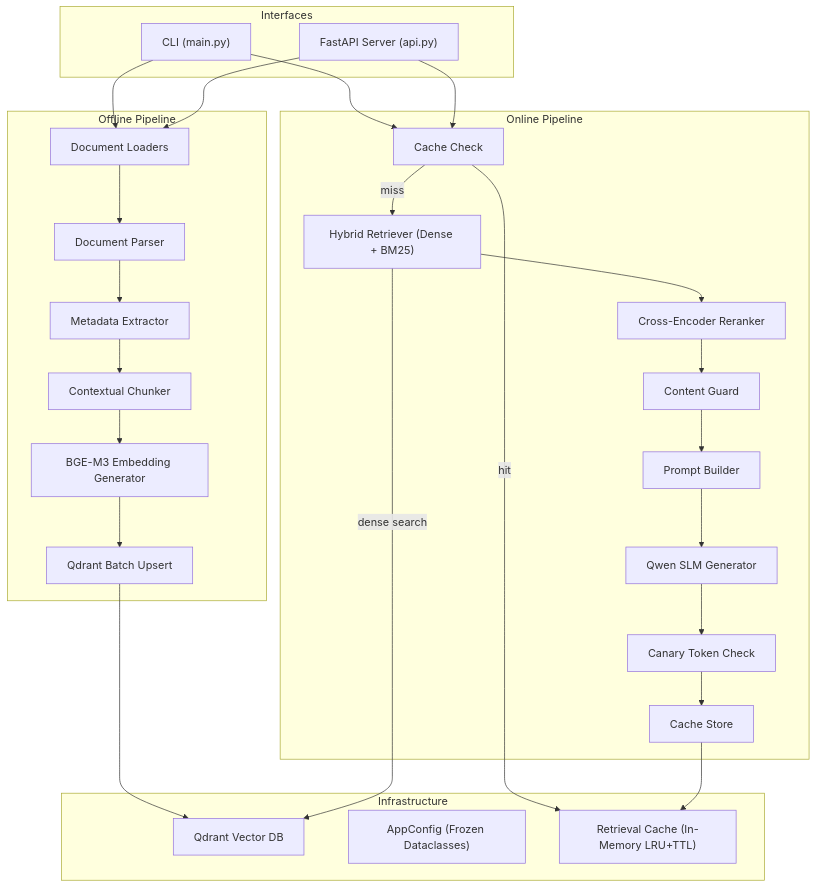
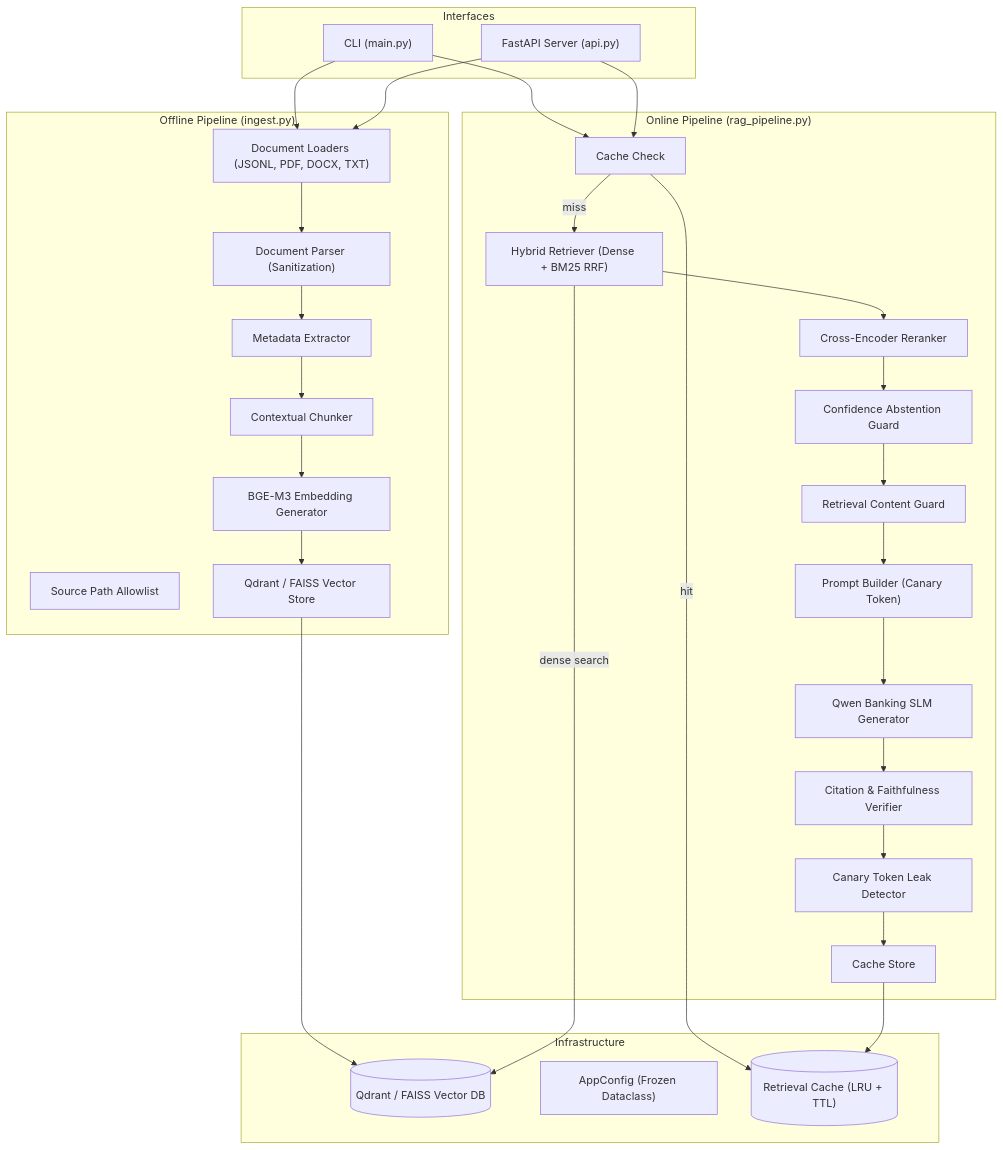
The diagram in architecture_overview.md (rohiiv/SLM_UBI_RAG), drawn with Mermaid before and after one commit. The commit also changed other lines of this file and 9 other files, not shown here.

Commit message:
Wire FAISS backend into vector store factory; add FAISS manager implementation

````diff
--- a/architecture_overview.md
+++ b/architecture_overview.md
@@ -10,45 +9,48 @@
 ```mermaid
 graph TD
     subgraph "Interfaces"
         CLI["CLI (main.py)"]
         API["FastAPI Server (api.py)"]
     end
 
-    subgraph "Offline Pipeline"
-        LOAD["Document Loaders"]
-        PARSE["Document Parser"]
+    subgraph "Offline Pipeline (ingest.py)"
+        ALLOW["Source Path Allowlist"]
+        LOAD["Document Loaders (JSONL, PDF, DOCX, TXT)"]
+        PARSE["Document Parser (Sanitization)"]
         META["Metadata Extractor"]
         CHUNK["Contextual Chunker"]
         EMBED_I["BGE-M3 Embedding Generator"]
-        UPSERT["Qdrant Batch Upsert"]
+        UPSERT["Qdrant / FAISS Vector Store"]
     end
 
-    subgraph "Online Pipeline"
+    subgraph "Online Pipeline (rag_pipeline.py)"
         CACHE_CHK["Cache Check"]
-        HYBRID["Hybrid Retriever (Dense + BM25)"]
+        HYBRID["Hybrid Retriever (Dense + BM25 RRF)"]
         RERANK["Cross-Encoder Reranker"]
-        GUARD["Content Guard"]
-        PROMPT["Prompt Builder"]
-        LLM["Qwen SLM Generator"]
-        CANARY["Canary Token Check"]
+        ABSTAIN["Confidence Abstention Guard"]
+        GUARD["Retrieval Content Guard"]
+        PROMPT["Prompt Builder (Canary Token)"]
+        LLM["Qwen Banking SLM Generator"]
+        CITE_VAL["Citation & Faithfulness Verifier"]
+        CANARY["Canary Token Leak Detector"]
         CACHE_SET["Cache Store"]
     end
 
     subgraph "Infrastructure"
-        QDRANT["Qdrant Vector DB"]
-        CONFIG["AppConfig (Frozen Dataclasses)"]
-        CACHE["Retrieval Cache (In-Memory LRU+TTL)"]
+        QDRANT[("Qdrant / FAISS Vector DB")]
+        CONFIG["AppConfig (Frozen Dataclass)"]
+        CACHE[("Retrieval Cache (LRU + TTL)")]
     end
 
     CLI --> LOAD
     CLI --> CACHE_CHK
     API --> CACHE_CHK
     API --> LOAD
 
     LOAD --> PARSE --> META --> CHUNK --> EMBED_I --> UPSERT --> QDRANT
 
     CACHE_CHK -->|miss| HYBRID
     CACHE_CHK -->|hit| CACHE
-    HYBRID --> RERANK --> GUARD --> PROMPT --> LLM --> CANARY --> CACHE_SET --> CACHE
+    HYBRID --> RERANK --> ABSTAIN --> GUARD --> PROMPT --> LLM --> CITE_VAL --> CANARY --> CACHE_SET --> CACHE
     HYBRID -->|dense search| QDRANT
 ```
````
